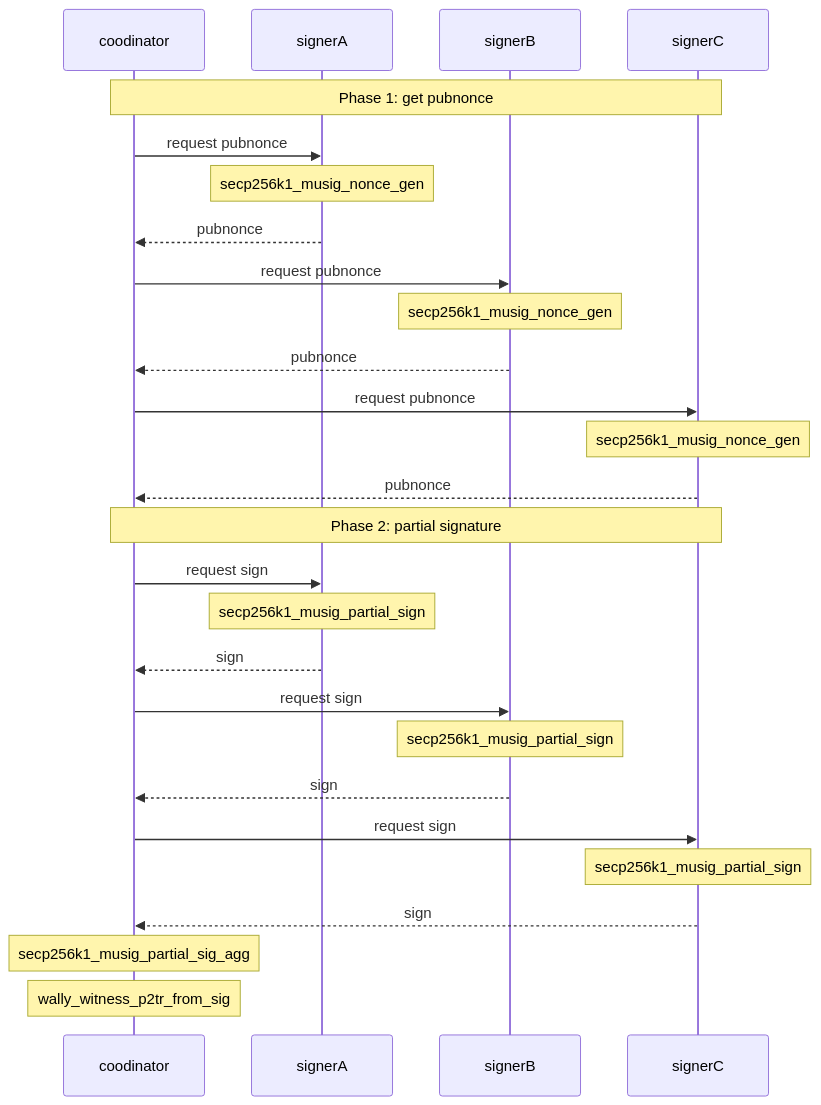
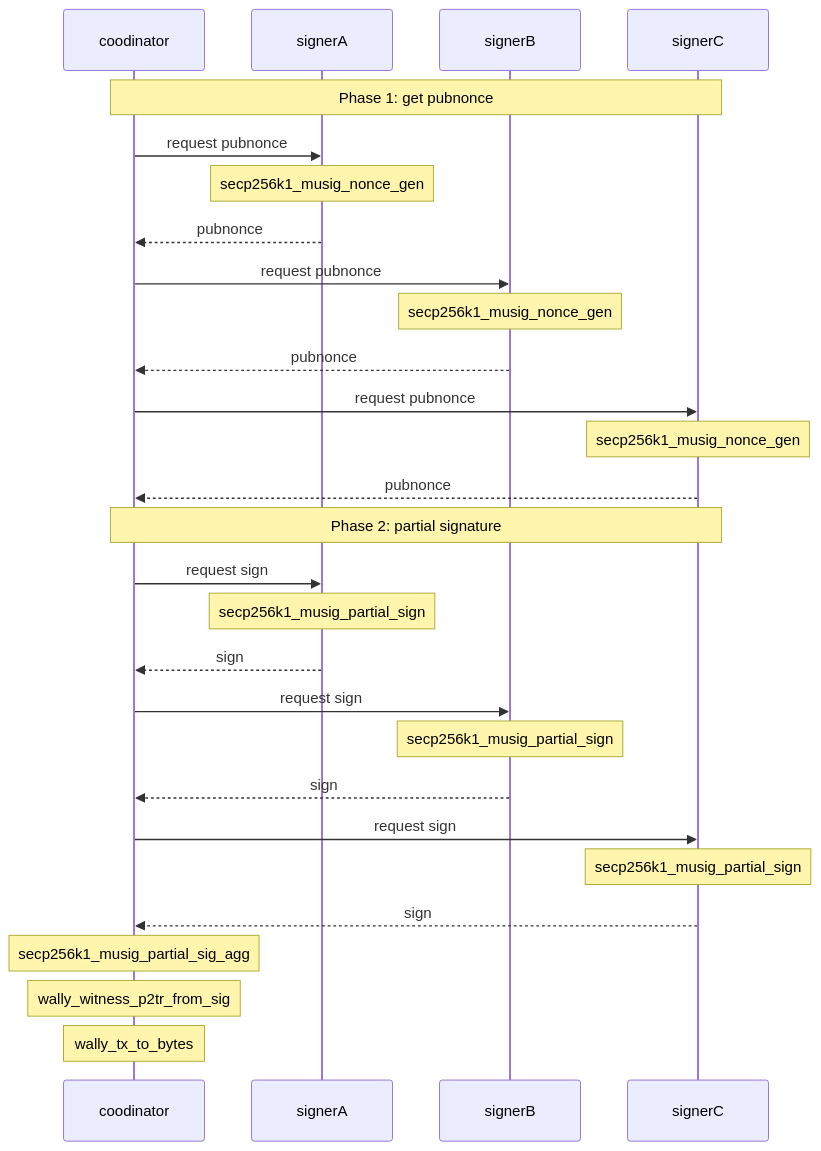
The second of 2 diagrams in README.md (hirokuma/c-musig2), drawn with Mermaid before and after one commit. The commit also changed other lines of this file and 2 other files, not shown here.

````diff
--- a/README.md
+++ b/README.md
@@ -88,41 +88,41 @@
 ```mermaid
 sequenceDiagram
   participant coodinator
   participant signerA
   participant signerB
   participant signerC
 
   Note over coodinator,signerC: Phase 1: get pubnonce
   
   coodinator->>signerA: request pubnonce
   Note over signerA: secp256k1_musig_nonce_gen
   signerA-->>coodinator: pubnonce
   
   coodinator->>signerB: request pubnonce
   Note over signerB: secp256k1_musig_nonce_gen
   signerB-->>coodinator: pubnonce
 
   coodinator->>signerC: request pubnonce
   Note over signerC: secp256k1_musig_nonce_gen
   signerC-->>coodinator: pubnonce
 
 
   Note over coodinator,signerC: Phase 2: partial signature
   
   coodinator->>signerA: request sign
   Note over signerA: secp256k1_musig_partial_sign
   signerA-->>coodinator: sign
   
   coodinator->>signerB: request sign
   Note over signerB: secp256k1_musig_partial_sign
   signerB-->>coodinator: sign
 
   coodinator->>signerC: request sign
   Note over signerC: secp256k1_musig_partial_sign
   signerC-->>coodinator: sign
 
 
   Note over coodinator: secp256k1_musig_partial_sig_agg
   Note over coodinator: wally_witness_p2tr_from_sig
-  
+  Note over coodinator: wally_tx_to_bytes
 ```
````
